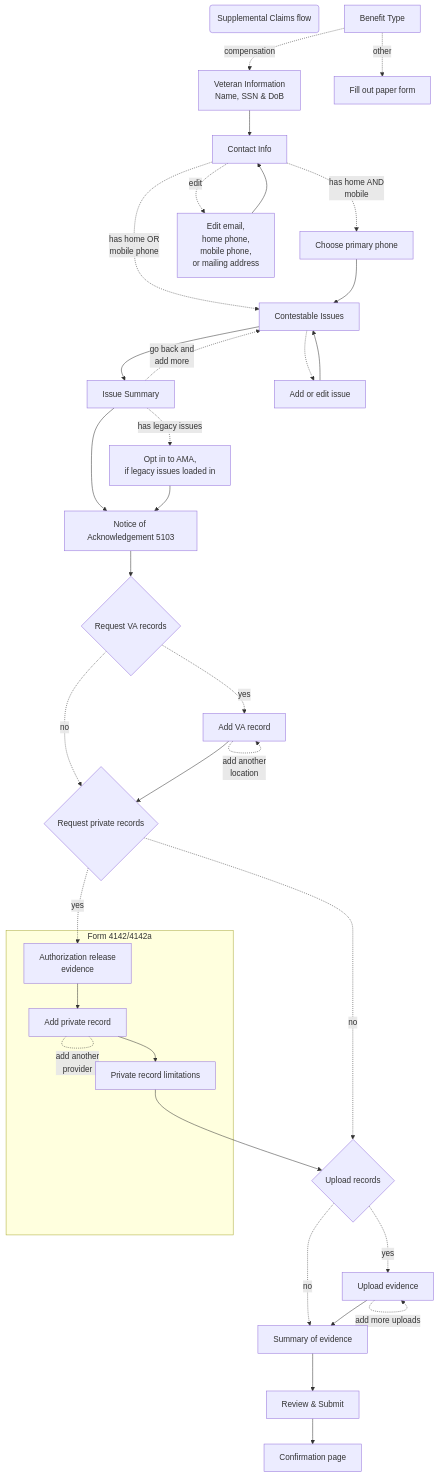
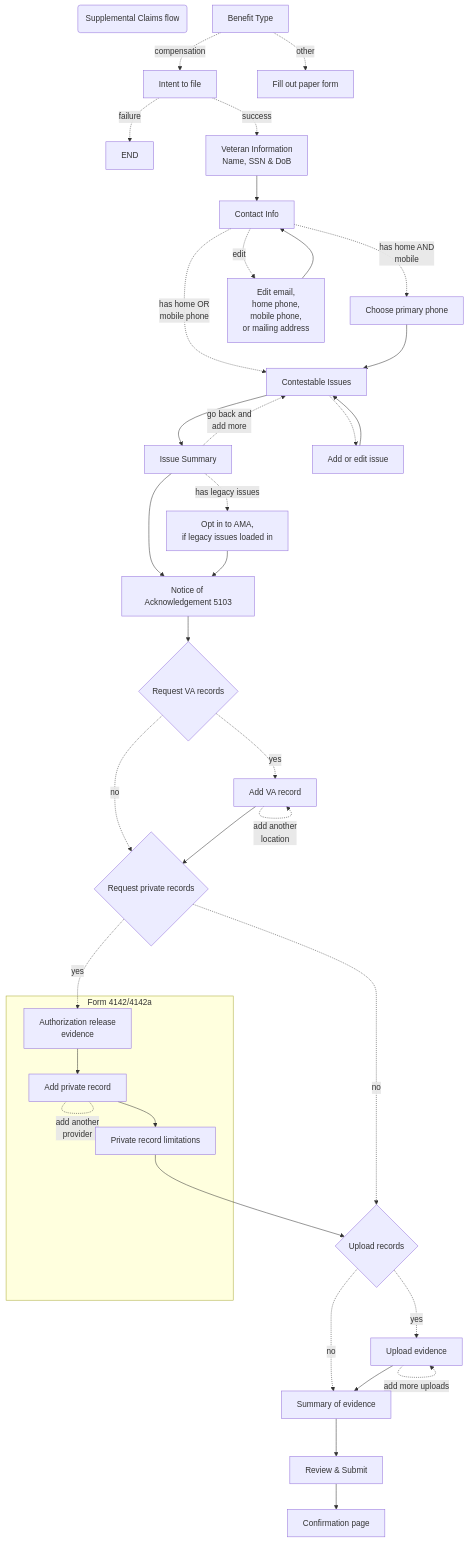
The diagram in products/decision-reviews/Supplemental-Claims/design/supplemental-claims-flow.md (department-of-veterans-affairs/va.gov-team), drawn with Mermaid before and after one commit.

Commit message:
Update supplemental-claims-flow.md
Add ITF page

````diff
--- a/products/decision-reviews/Supplemental-Claims/design/supplemental-claims-flow.md
+++ b/products/decision-reviews/Supplemental-Claims/design/supplemental-claims-flow.md
@@ -5,78 +5,81 @@
 ```mermaid
 flowchart TB
     Title(Supplemental Claims flow)
 
     %% =============================
     %% Subtask (/start page)
     %% =============================
 
-    BenefitType[Benefit Type] -. compensation .-> VetInfo
+    BenefitType[Benefit Type] -. compensation .-> ITF
     BenefitType -. other .-> PDF[Fill out paper form]
+
+    ITF[Intent to file] -. failure .-> END
+    ITF -. success .-> VetInfo
 
     %% =============================
     %% Veteran info
     %% =============================
 
     VetInfo[Veteran Information<br>Name, SSN & DoB] --> ContactInfo
 
     ContactInfo[Contact Info] -. has home AND<br>mobile .-> PrimaryPhone
     ContactInfo -. edit .-> EditContactInfo
     ContactInfo -. has home OR<br>mobile phone .-> ContestableIssues
 
     EditContactInfo[Edit email,<br>home phone,<br>mobile phone,<br>or mailing address] --> ContactInfo
 
     PrimaryPhone[Choose primary phone] --> ContestableIssues
 
     %% =============================
     %% Contestable issues
     %% =============================
 
     ContestableIssues --> IssueSummary[Issue Summary]
     ContestableIssues[Contestable Issues] .-> AddOrEdit
 
     AddOrEdit[Add or edit issue] --> ContestableIssues
 
     IssueSummary -. go back and<br>add more .-> ContestableIssues
     IssueSummary -. has legacy issues .-> OptIn
 
     IssueSummary --> Acknowledgment
 
     OptIn[Opt in to AMA,<br>if legacy issues loaded in] --> Acknowledgment
 
     %% =============================
     %% Supporting evidence
     %% =============================
 
     Acknowledgment[Notice of Acknowledgement 5103] --> VaRecords
 
     VaRecords{Request VA records} -. yes .-> AddVaRecord
     AddVaRecord[Add VA record] -. add another<br>location .-> AddVaRecord
     VaRecords -. no .-> PrivateRecord
     AddVaRecord --> PrivateRecord
 
     PrivateRecord{Request private records} -. no .-> UploadRecord
     PrivateRecord -. yes .-> PrivateAuthorization
 
     subgraph Evidence [Form 4142/4142a]
 
     PrivateAuthorization[Authorization release<br>evidence] --> AddPrivateRecord
 
     AddPrivateRecord[Add private record] -. add another<br>provider .- AddPrivateRecord
     AddPrivateRecord --> PrivateLimitation
 
     end
 
     PrivateLimitation[Private record limitations] --> UploadRecord
 
     UploadRecord -. no .-> EvidenceSummary
     UploadRecord{Upload records} -. yes .-> UploadPage
 
     UploadPage[Upload evidence] -. add more uploads .-> UploadPage
     UploadPage --> EvidenceSummary
 
     %% =============================
 
     EvidenceSummary[Summary of evidence] --> ReviewSubmit
 
     ReviewSubmit[Review & Submit] --> Confirmation[Confirmation page]
 ```
````
